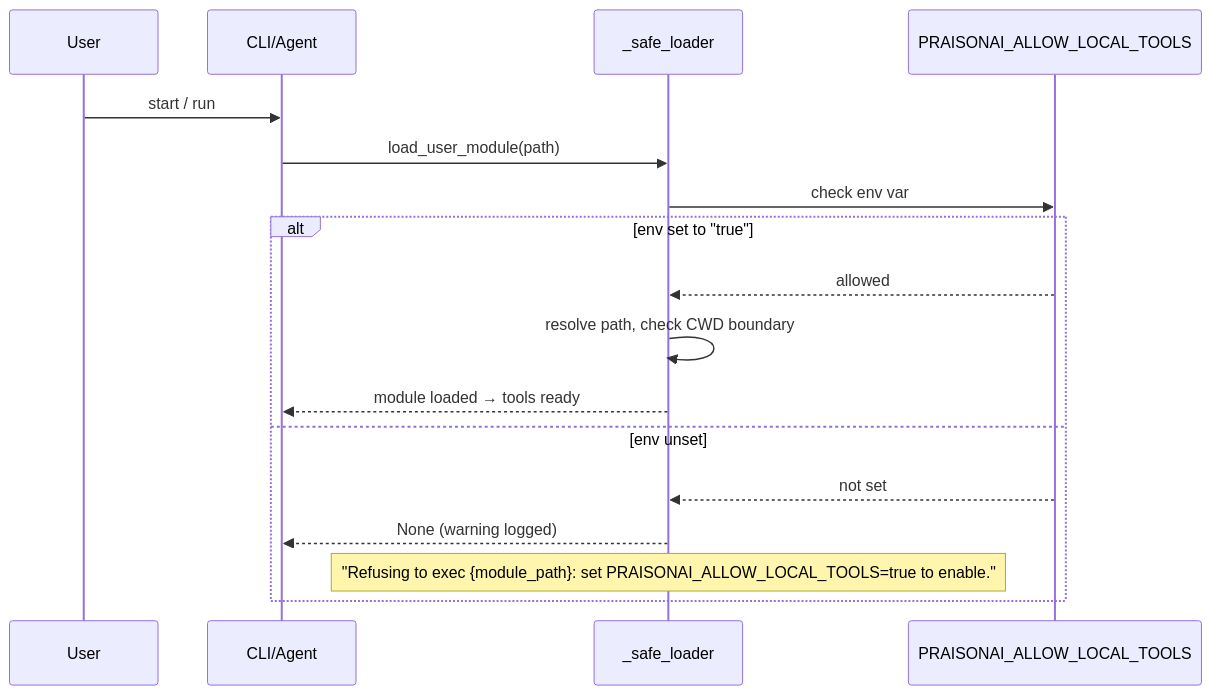
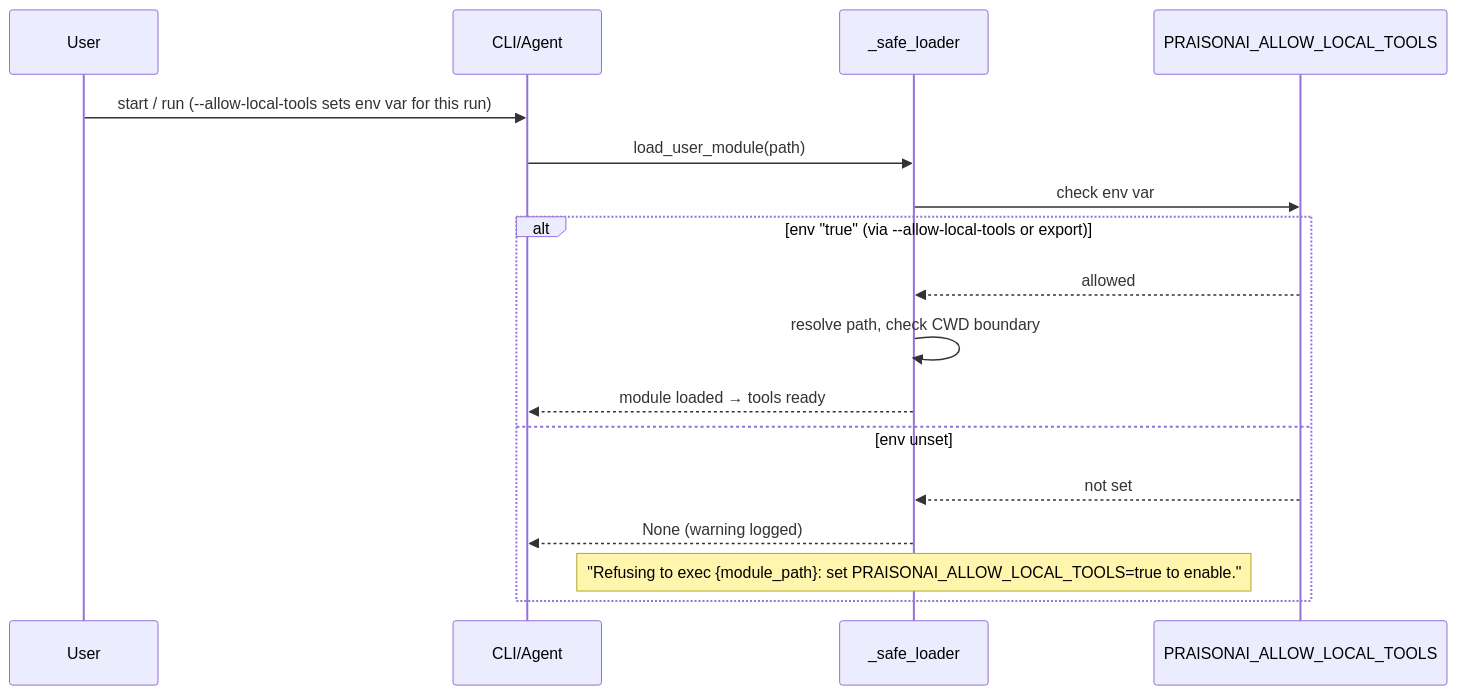
One commit to MervinPraison/PraisonAIDocs changed the second of 2 diagrams in docs/features/local-tools-loading.mdx. Above: the diagram before and after it, drawn with Mermaid. The commit also changed other lines of this file and 5 other files, not shown here.

Commit message:
docs: document --allow-local-tools CLI flag and project-tool discovery hint (fixes #2048)

````diff
--- a/docs/features/local-tools-loading.mdx
+++ b/docs/features/local-tools-loading.mdx
@@ -98,20 +99,20 @@
 ```mermaid
 sequenceDiagram
     participant User
     participant CLI as CLI/Agent
     participant Loader as _safe_loader
     participant Env as PRAISONAI_ALLOW_LOCAL_TOOLS
 
-    User->>CLI: start / run
+    User->>CLI: start / run (--allow-local-tools sets env var for this run)
     CLI->>Loader: load_user_module(path)
     Loader->>Env: check env var
-    alt env set to "true"
+    alt env "true" (via --allow-local-tools or export)
         Env-->>Loader: allowed
         Loader->>Loader: resolve path, check CWD boundary
         Loader-->>CLI: module loaded → tools ready
     else env unset
         Env-->>Loader: not set
         Loader-->>CLI: None (warning logged)
         Note over Loader: "Refusing to exec {module_path}: set PRAISONAI_ALLOW_LOCAL_TOOLS=true to enable."
     end
 ```
````
